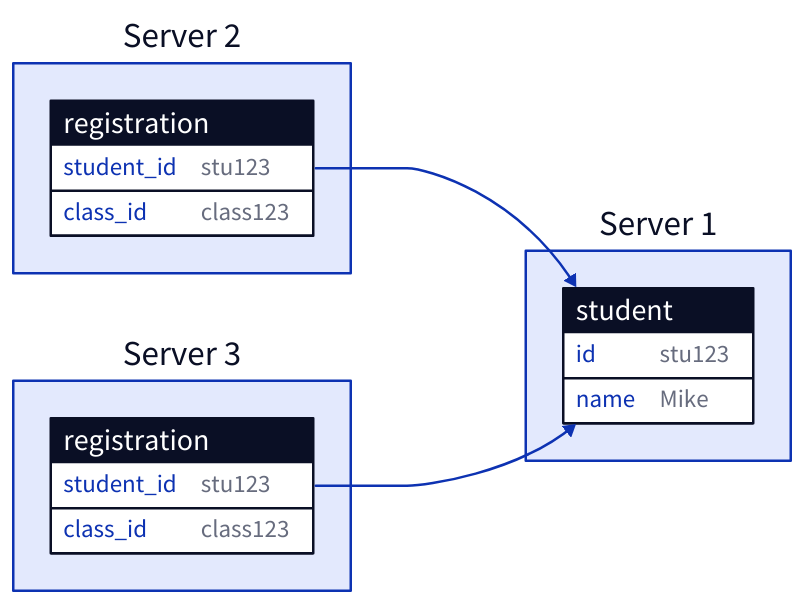
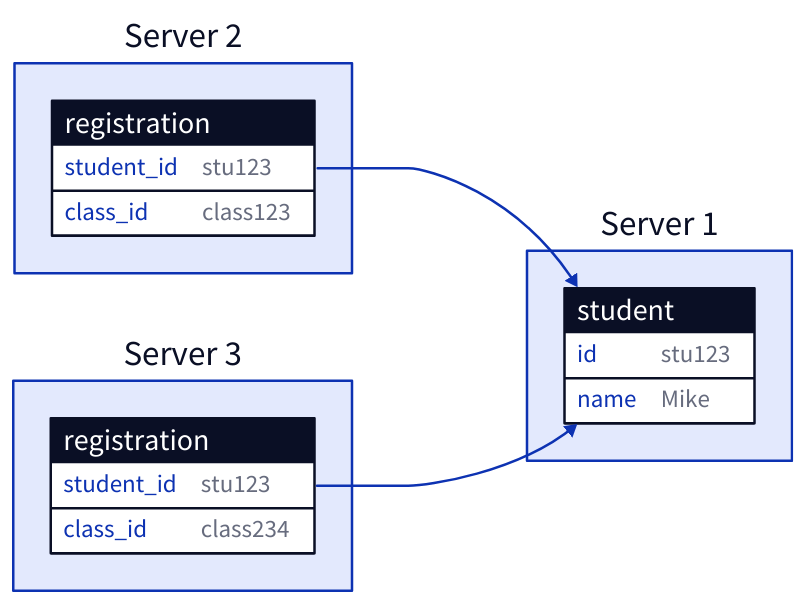
The seventh of 19 diagrams in content/data-persistence/nosql-database.md (link1905/system-design-101), drawn with D2 before and after one commit. The commit also changed other lines of this file and 42 other files, not shown here.

````diff
--- a/content/data-persistence/nosql-database.md
+++ b/content/data-persistence/nosql-database.md
@@ -249,27 +252,27 @@
 ```d2
 direction: right
 s1: Server 1 {
   s: student {
       shape: sql_table
       id: stu123
       name: Mike
   }
 }
 s2: Server 2 {
   r: registration {
       shape: sql_table
       student_id: stu123
       class_id: class123
   }
 }
 
 s3: Server 3 {
   r: registration {
       shape: sql_table
       student_id: stu123
-      class_id: class123
+      class_id: class234
   }
 }
 s2.r.student_id -> s1.s.id
 s3.r.student_id -> s1.s.id
 ```
````
